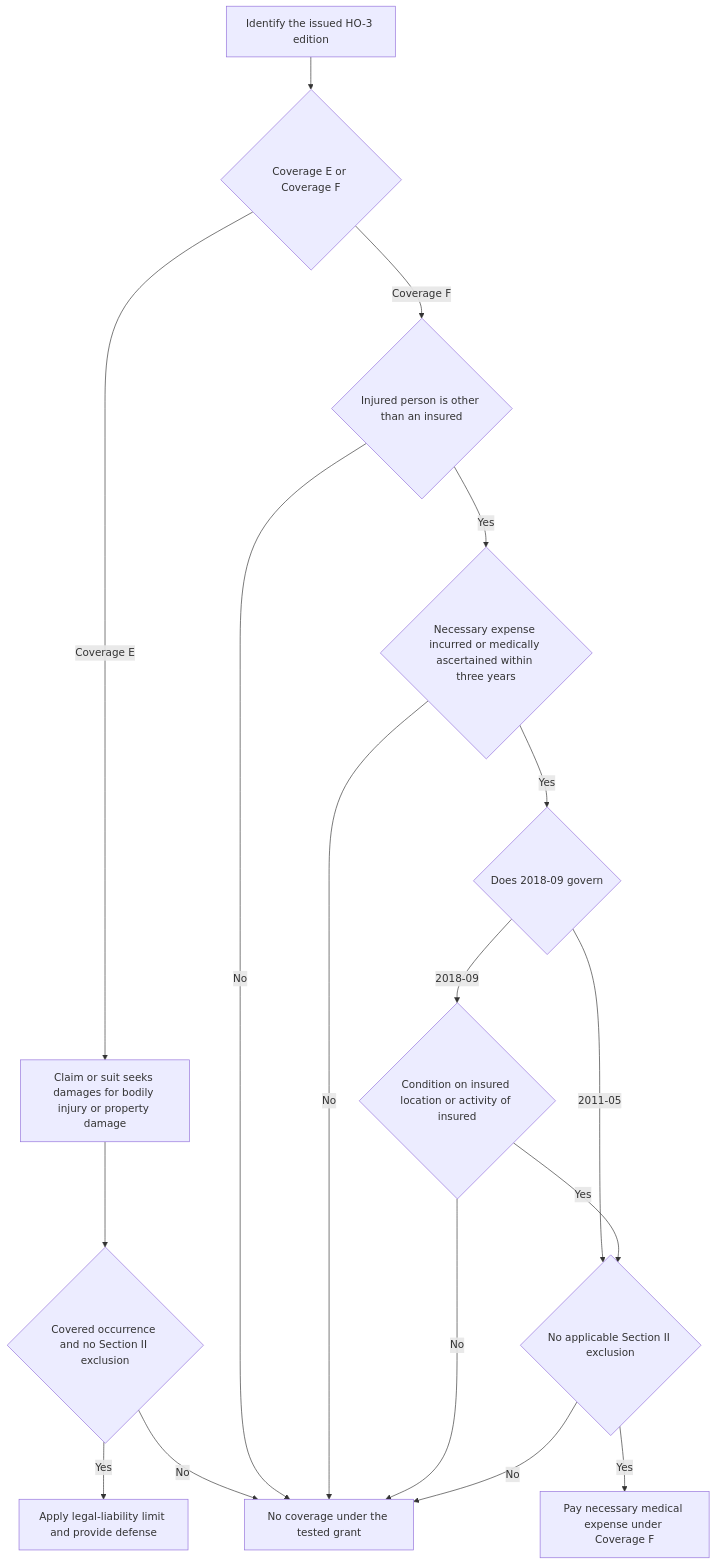
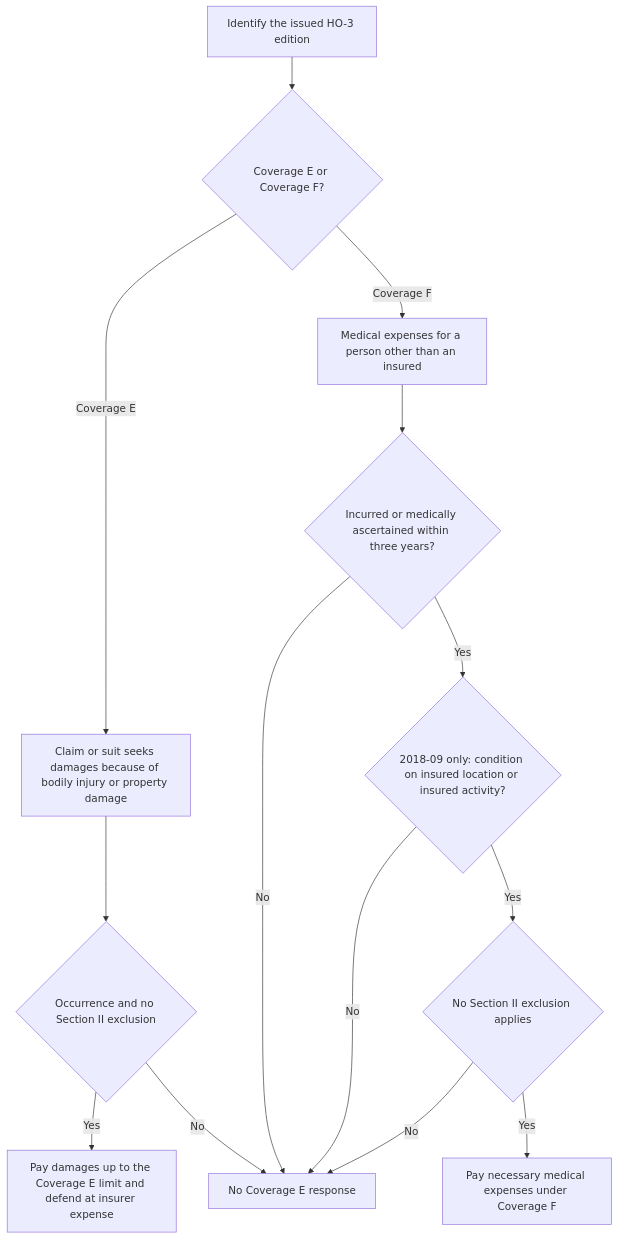
One commit to eugeneliu-86/openwiki-insurance-corpus changed the diagram in openwiki/coverage/coverage-e-f/liability-and-medical-payments.md. Above: the diagram before and after it, drawn with Mermaid. The commit also changed other lines of this file and 59 other files, not shown here.

````diff
--- a/openwiki/coverage/coverage-e-f/liability-and-medical-payments.md
+++ b/openwiki/coverage/coverage-e-f/liability-and-medical-payments.md
@@ -42,19 +65,16 @@
 ```mermaid
 flowchart TD
-    Edition["Identify the issued HO-3 edition"] --> Cover{"Coverage E or Coverage F"}
-    Cover -- "Coverage E" --> Claim["Claim or suit seeks damages for bodily injury or property damage"]
-    Claim --> Occurrence{"Covered occurrence and no Section II exclusion"}
-    Occurrence -- "Yes" --> EResult["Apply legal-liability limit and provide defense"]
-    Occurrence -- "No" --> NoCover["No coverage under the tested grant"]
-    Cover -- "Coverage F" --> Other{"Injured person is other than an insured"}
-    Other -- "No" --> NoCover
-    Other -- "Yes" --> Time{"Necessary expense incurred or medically ascertained within three years"}
-    Time -- "No" --> NoCover
-    Time -- "Yes" --> FEdition{"Does 2018-09 govern"}
-    FEdition -- "2011-05" --> FExclusion{"No applicable Section II exclusion"}
-    FEdition -- "2018-09" --> Scope{"Condition on insured location or activity of insured"}
-    Scope -- "No" --> NoCover
-    Scope -- "Yes" --> FExclusion
-    FExclusion -- "Yes" --> FResult["Pay necessary medical expense under Coverage F"]
-    FExclusion -- "No" --> NoCover
+    A["Identify the issued HO-3 edition"] --> B{"Coverage E or Coverage F?"}
+    B -- "Coverage E" --> C["Claim or suit seeks damages because of bodily injury or property damage"]
+    C --> D{"Occurrence and no Section II exclusion"}
+    D -- "Yes" --> E["Pay damages up to the Coverage E limit and defend at insurer expense"]
+    D -- "No" --> X["No Coverage E response"]
+    B -- "Coverage F" --> F["Medical expenses for a person other than an insured"]
+    F --> G{"Incurred or medically ascertained within three years?"}
+    G -- "No" --> X
+    G -- "Yes" --> H{"2018-09 only: condition on insured location or insured activity?"}
+    H -- "No" --> X
+    H -- "Yes" --> I{"No Section II exclusion applies"}
+    I -- "Yes" --> J["Pay necessary medical expenses under Coverage F"]
+    I -- "No" --> X
 ```
````
